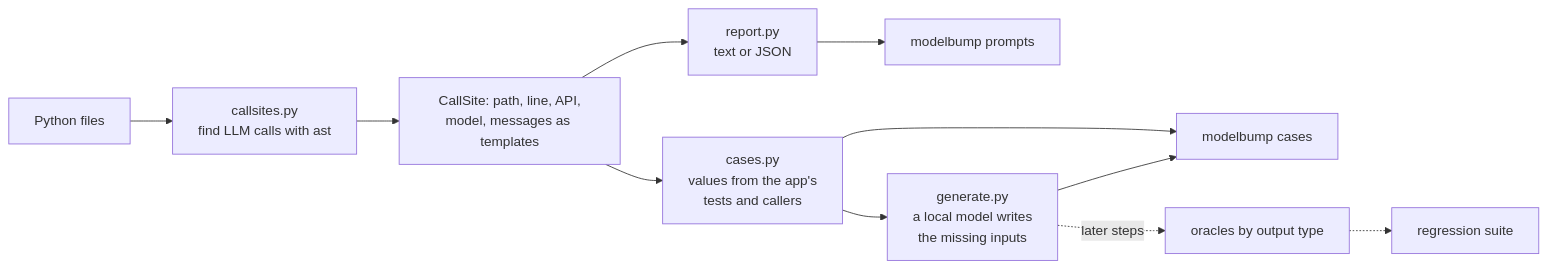
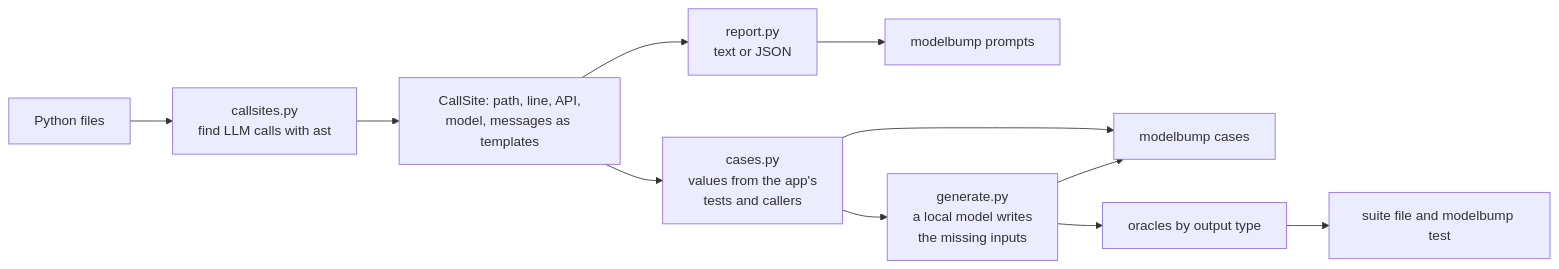
The diagram in docs/architecture/synth.md (actions-marketplace-validations/imhammad_modelbump), drawn with Mermaid before and after one commit. The commit also changed other lines of this file and 7 other files, not shown here.

````diff
--- a/docs/architecture/synth.md
+++ b/docs/architecture/synth.md
@@ -7,13 +7,13 @@
 ```mermaid
 flowchart LR
     repo[Python files] --> calls[callsites.py<br/>find LLM calls with ast]
     calls --> sites[CallSite: path, line, API,<br/>model, messages as templates]
     sites --> report[report.py<br/>text or JSON]
     report --> cli[modelbump prompts]
     sites --> cases[cases.py<br/>values from the app's<br/>tests and callers]
     cases --> generate[generate.py<br/>a local model writes<br/>the missing inputs]
     generate --> cli2[modelbump cases]
     cases --> cli2
-    generate -.later steps.-> oracles[oracles by output type]
-    oracles -.-> suite[regression suite]
+    generate --> oracles[oracles by output type]
+    oracles --> suite[suite file and modelbump test]
 ```
````
